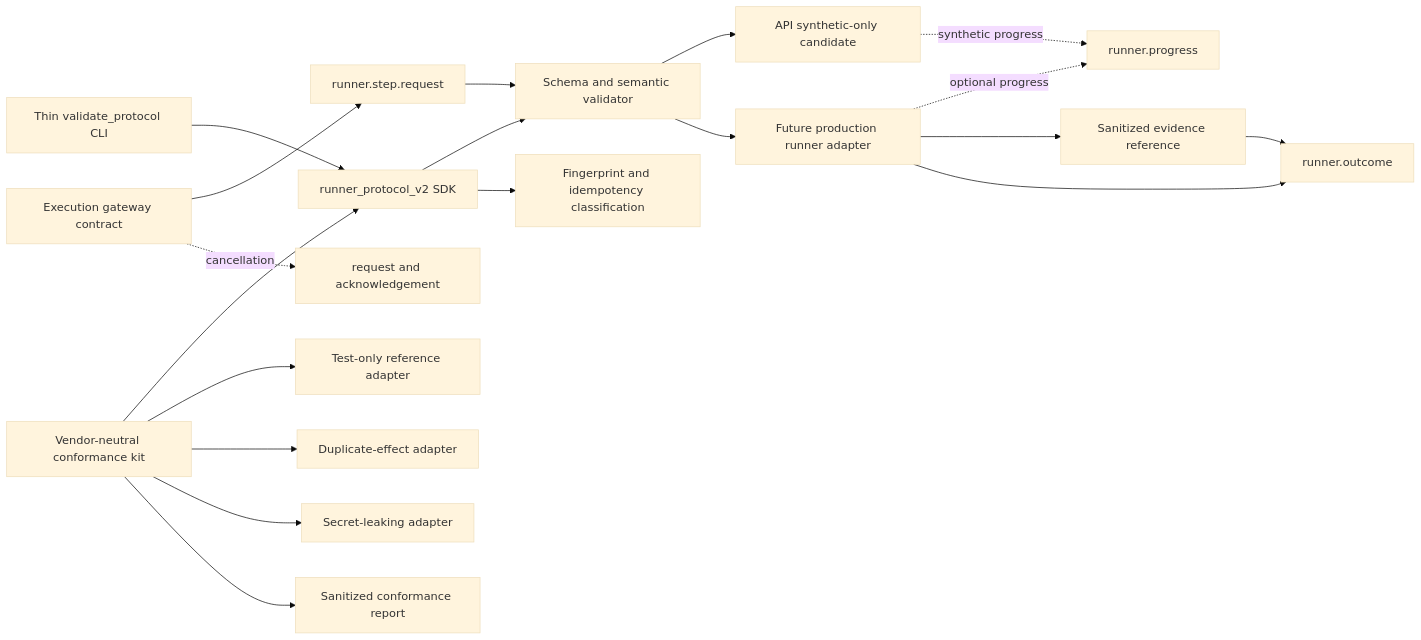
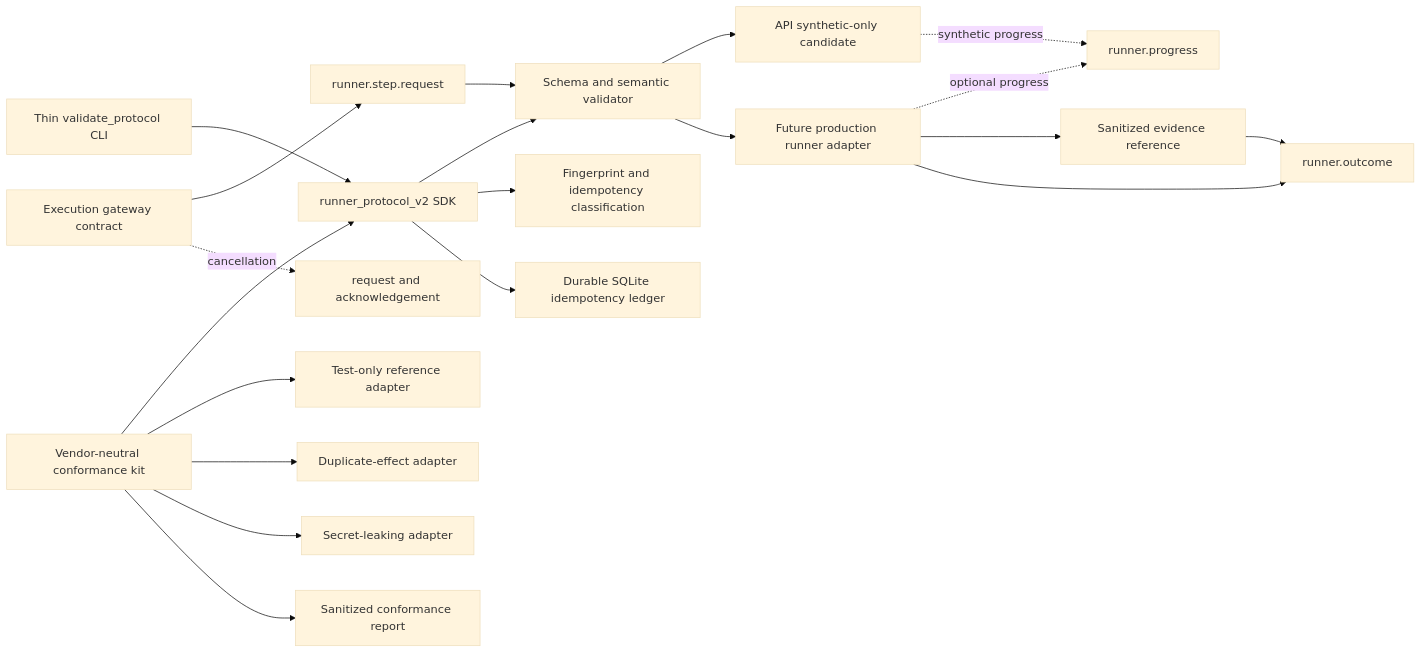
Before and after one commit to pestoura/hermes-security-labs: the second of 2 diagrams in docs/roadmap/epics/EPIC-05-runner-protocol-v2.md, drawn with Mermaid (base theme). The commit also changed other lines of this file and 6 other files, not shown here.

Commit message:
docs(epic-05): record durable ledger as-built

````diff
--- a/docs/roadmap/epics/EPIC-05-runner-protocol-v2.md
+++ b/docs/roadmap/epics/EPIC-05-runner-protocol-v2.md
@@ -320,21 +342,22 @@
 ```mermaid
 flowchart LR
   SDK[runner_protocol_v2 SDK] --> VAL[Schema and semantic validator]
   SDK --> IDEM[Fingerprint and idempotency classification]
+  SDK --> LEDGER[Durable SQLite idempotency ledger]
   CLI[Thin validate_protocol CLI] --> SDK
   KIT[Vendor-neutral conformance kit] --> SDK
   GW[Execution gateway contract] --> REQ[runner.step.request]
   REQ --> VAL
   VAL --> API[API synthetic-only candidate]
   VAL --> RUN[Future production runner adapter]
   API -. synthetic progress .-> PROG[runner.progress]
   RUN -. optional progress .-> PROG
   GW -. cancellation .-> CANCEL[request and acknowledgement]
   RUN --> EV[Sanitized evidence reference]
   RUN --> OUT[runner.outcome]
   EV --> OUT
   KIT --> REF[Test-only reference adapter]
   KIT --> BAD1[Duplicate-effect adapter]
   KIT --> BAD2[Secret-leaking adapter]
   KIT --> REPORT[Sanitized conformance report]
 ```
````
